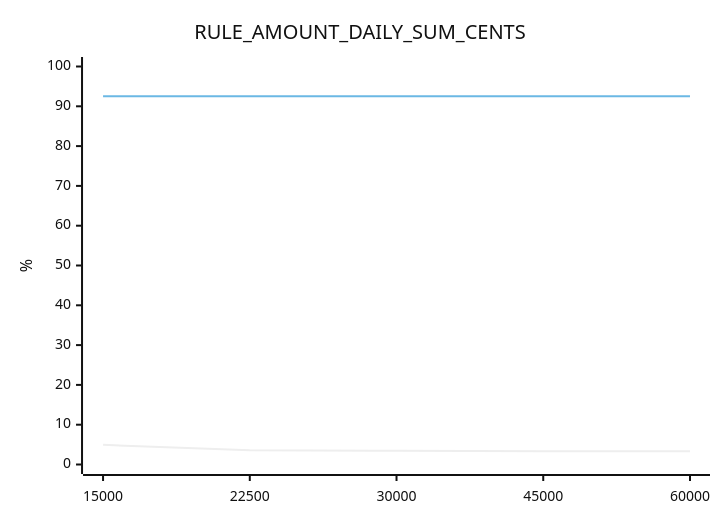
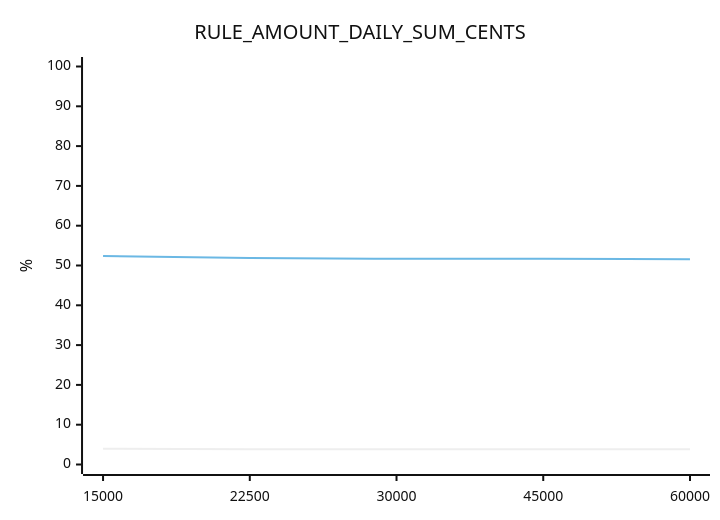
One commit to phprestes/Hackathon-Anti-Fraud-Pix changed the second of 4 diagrams in docs/05-motor/analises.md. Above: the diagram before and after it, drawn with Mermaid (neutral theme). The commit also changed other lines of this file and 18 other files, not shown here.

````diff
--- a/docs/05-motor/analises.md
+++ b/docs/05-motor/analises.md
@@ -121,8 +123,8 @@
 ```mermaid
 xychart-beta
     title "RULE_AMOUNT_DAILY_SUM_CENTS"
     x-axis ["15000", "22500", "30000", "45000", "60000"]
     y-axis "%" 0 --> 100
-    line [4.94, 3.55, 3.45, 3.31, 3.31]
-    line [92.54, 92.54, 92.54, 92.54, 92.54]
+    line [3.96, 3.86, 3.84, 3.82, 3.82]
+    line [52.39, 51.88, 51.67, 51.67, 51.59]
 ```
````
